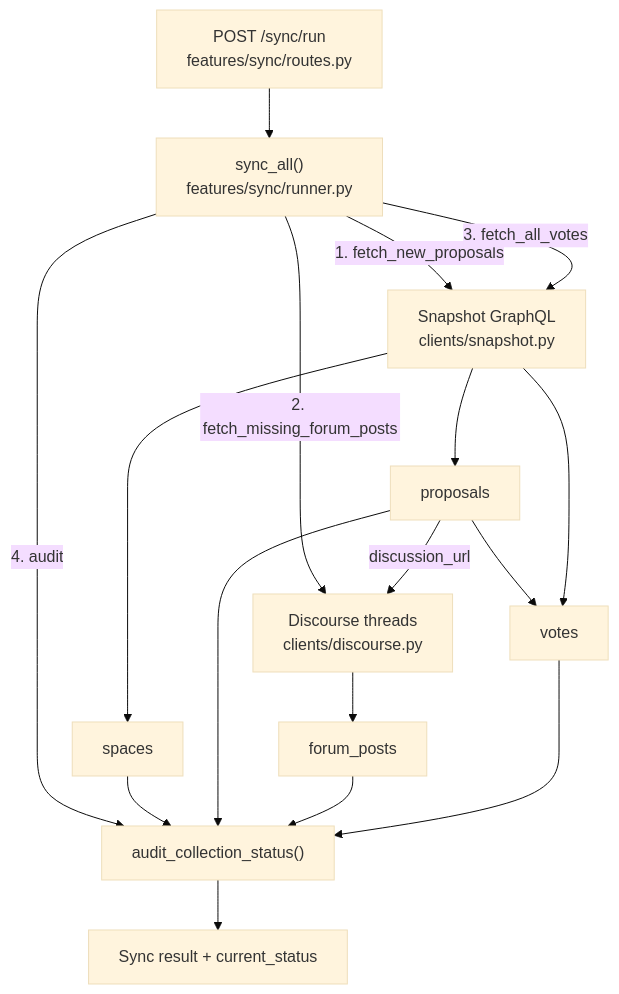
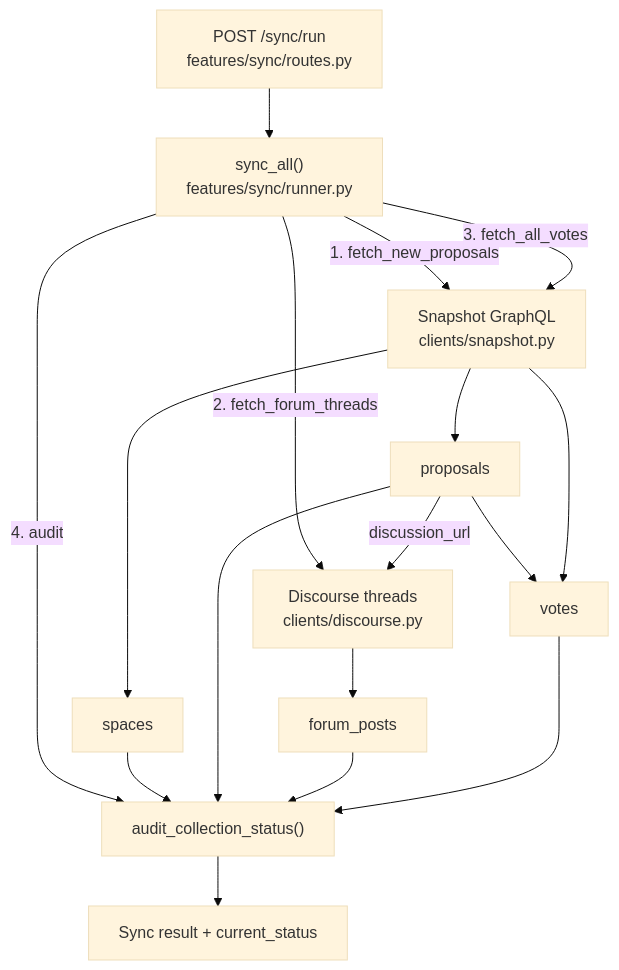
Before and after one commit to Rakshitgoyal770/DOA-BACKEND: the second of 6 diagrams in DATA_FLOW.md, drawn with Mermaid (base theme). The commit also changed other lines of this file and 1 other file, not shown here.

First line of the commit message:
docs: forum figures on complete threads; correct the WAL claim

````diff
--- a/DATA_FLOW.md
+++ b/DATA_FLOW.md
@@ -79,30 +79,30 @@
 ```mermaid
 flowchart TD
     Sync["POST /sync/run<br/>features/sync/routes.py"]
     Pipeline["sync_all()<br/>features/sync/runner.py"]
     Snapshot["Snapshot GraphQL<br/>clients/snapshot.py"]
     Discourse["Discourse threads<br/>clients/discourse.py"]
     Space["spaces"]
     Proposal["proposals"]
     Forum["forum_posts"]
     Vote["votes"]
     Audit["audit_collection_status()"]
     Status["Sync result + current_status"]
 
     Sync --> Pipeline
     Pipeline -->|"1. fetch_new_proposals"| Snapshot
     Snapshot --> Space
     Snapshot --> Proposal
-    Pipeline -->|"2. fetch_missing_forum_posts"| Discourse
+    Pipeline -->|"2. fetch_forum_threads"| Discourse
     Proposal -->|"discussion_url"| Discourse
     Discourse --> Forum
     Pipeline -->|"3. fetch_all_votes"| Snapshot
     Proposal --> Vote
     Snapshot --> Vote
     Pipeline -->|"4. audit"| Audit
     Space --> Audit
     Proposal --> Audit
     Forum --> Audit
     Vote --> Audit
     Audit --> Status
 ```
````
